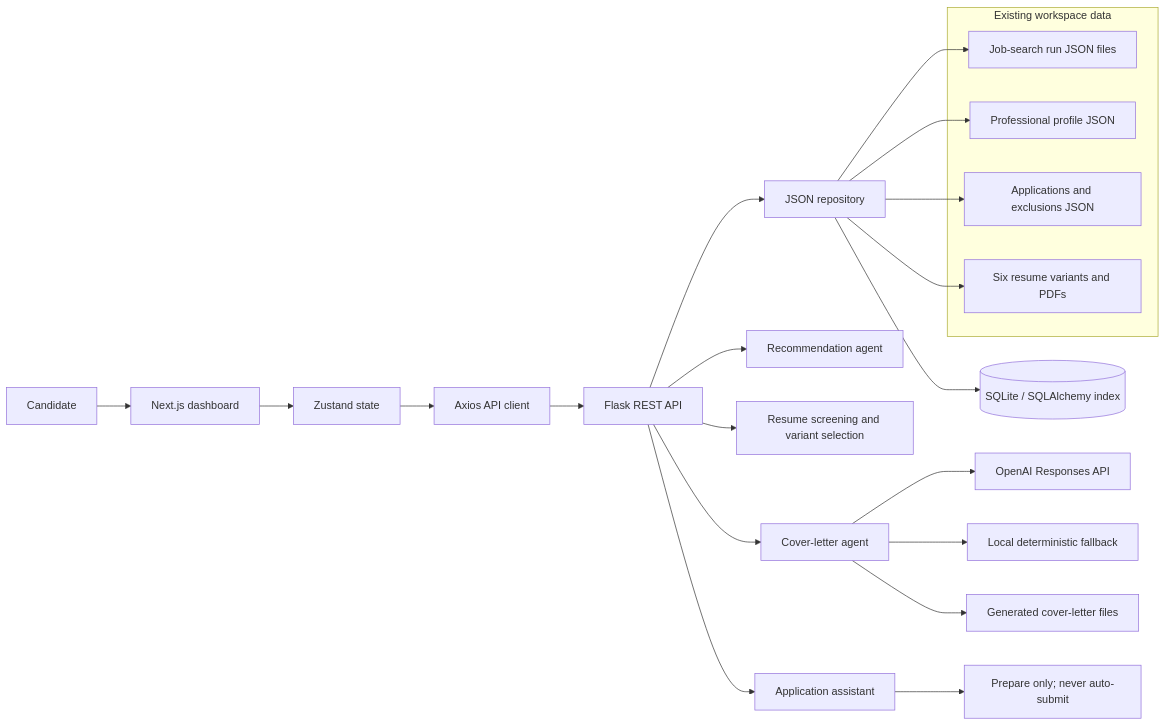
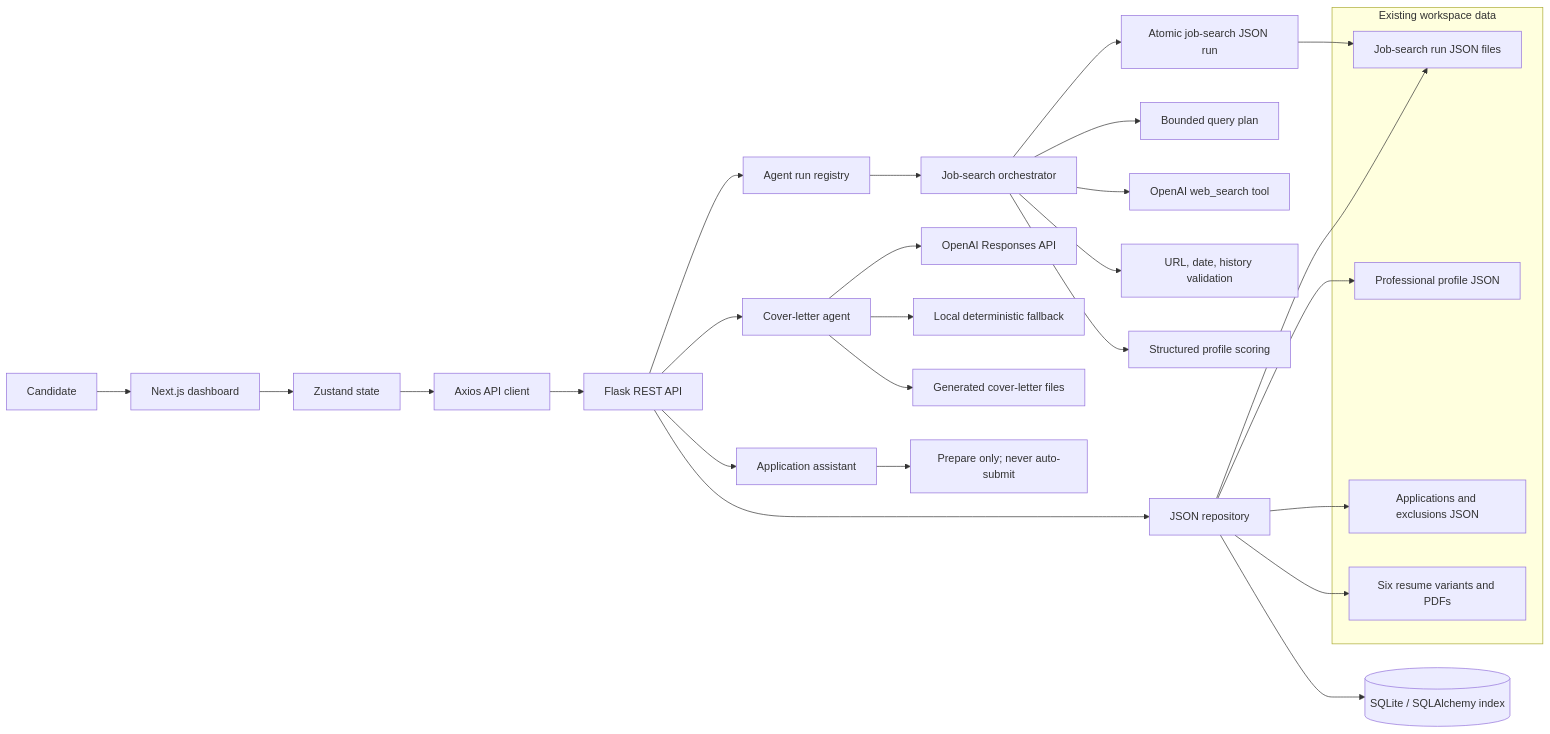
Before and after one commit to rodolrojas/job-search-dashboard: the diagram in docs/architecture.md, drawn with Mermaid. The commit also changed other lines of this file and 14 other files, not shown here.

Commit message:
Implement inspectable AI job search agent

````diff
--- a/docs/architecture.md
+++ b/docs/architecture.md
@@ -3,31 +3,37 @@
 ```mermaid
 flowchart LR
   User[Candidate] --> UI[Next.js dashboard]
   UI --> Store[Zustand state]
   Store --> Client[Axios API client]
   Client --> API[Flask REST API]
 
   subgraph Data[Existing workspace data]
     Runs[Job-search run JSON files]
     Profile[Professional profile JSON]
     History[Applications and exclusions JSON]
     Resumes[Six resume variants and PDFs]
   end
 
   API --> Repo[JSON repository]
   Repo --> Runs
   Repo --> Profile
   Repo --> History
   Repo --> Resumes
   Repo --> ORM[(SQLite / SQLAlchemy index)]
 
-  API --> Recommendation[Recommendation agent]
-  API --> Screening[Resume screening and variant selection]
+  API --> Runner[Agent run registry]
+  Runner --> Agent[Job-search orchestrator]
+  Agent --> Plan[Bounded query plan]
+  Agent --> Web[OpenAI web_search tool]
+  Agent --> Validate[URL, date, history validation]
+  Agent --> Score[Structured profile scoring]
+  Agent --> Persist[Atomic job-search JSON run]
+  Persist --> Runs
   API --> Cover[Cover-letter agent]
   Cover --> Responses[OpenAI Responses API]
   Cover --> Drafts[Local deterministic fallback]
   Cover --> Output[Generated cover-letter files]
 
   Application[Application assistant] --> Guardrail[Prepare only; never auto-submit]
   API --> Application
 ```
````
